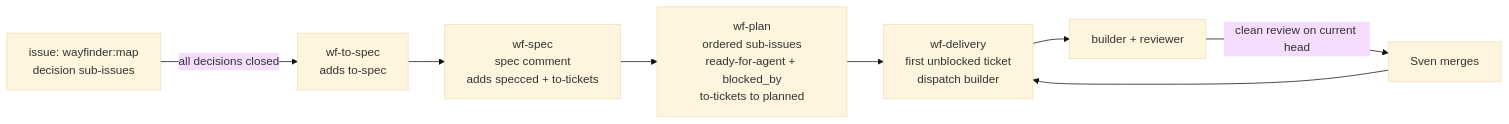
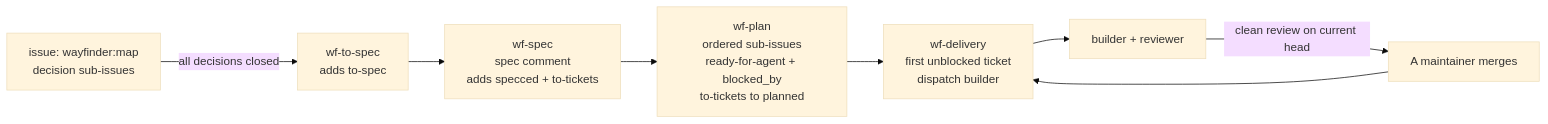
The fourth of 5 diagrams in workflows/README.md (svennijhuis/agentic-workflows), drawn with Mermaid (base theme) before and after one commit. The commit also changed other lines of this file and 15 other files, not shown here.

First line of the commit message:
Close flow gaps: dispatch handoffs, comment-only reviews, caps, token audit (#40)

````diff
--- a/workflows/README.md
+++ b/workflows/README.md
@@ -132,10 +170,10 @@
 ```mermaid
 flowchart LR
   M[issue: wayfinder:map<br/>decision sub-issues] -->|all decisions closed| TS[wf-to-spec<br/>adds to-spec]
   TS --> SP[wf-spec<br/>spec comment<br/>adds specced + to-tickets]
   SP --> PL[wf-plan<br/>ordered sub-issues<br/>ready-for-agent + blocked_by<br/>to-tickets to planned]
   PL --> DL[wf-delivery<br/>first unblocked ticket<br/>dispatch builder]
   DL --> BR[builder + reviewer]
-  BR -->|clean review on current head| SV[Sven merges]
+  BR -->|clean review on current head| SV[A maintainer merges]
   SV --> DL
 ```
````
